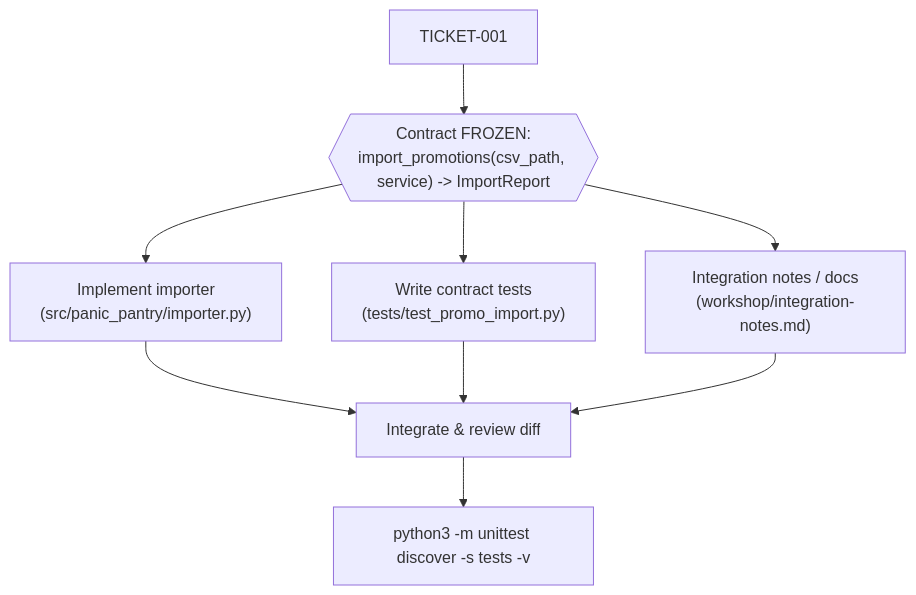
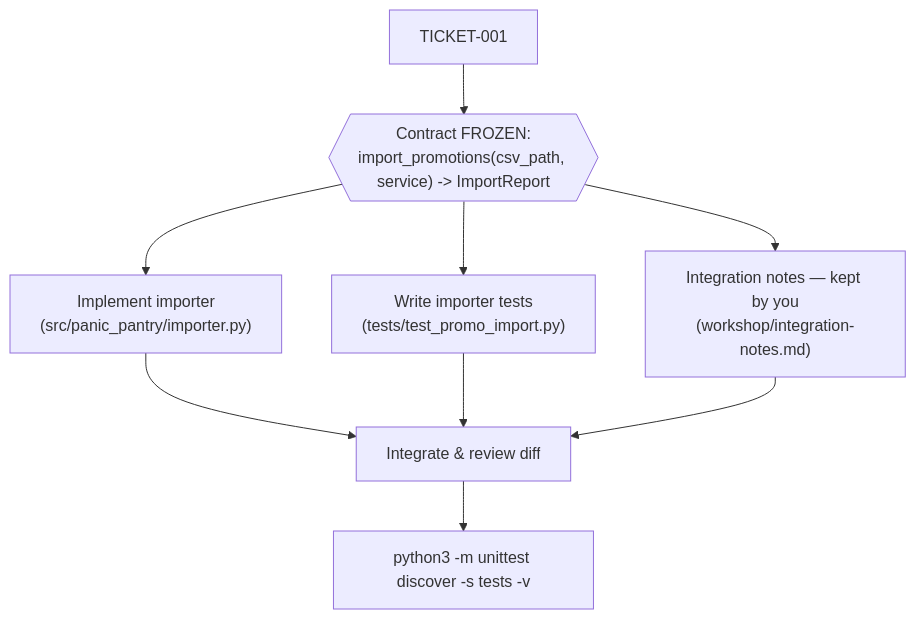
The first of 2 diagrams in student/module-1-decomposition.md (varoonsahgal/OC-stuff), drawn with Mermaid before and after one commit. The commit also changed other lines of this file and 11 other files, not shown here.

````diff
--- a/student/module-1-decomposition.md
+++ b/student/module-1-decomposition.md
@@ -39,11 +47,11 @@
 ```mermaid
 flowchart TD
     T[TICKET-001] --> C{{"Contract FROZEN:<br/>import_promotions(csv_path, service) -> ImportReport"}}
     C --> P["Implement importer<br/>(src/panic_pantry/importer.py)"]
-    C --> Q["Write contract tests<br/>(tests/test_promo_import.py)"]
-    C --> R["Integration notes / docs<br/>(workshop/integration-notes.md)"]
+    C --> Q["Write importer tests<br/>(tests/test_promo_import.py)"]
+    C --> R["Integration notes — kept by you<br/>(workshop/integration-notes.md)"]
     P --> I[Integrate & review diff]
     Q --> I
     R --> I
     I --> V["python3 -m unittest discover -s tests -v"]
 ```
````
